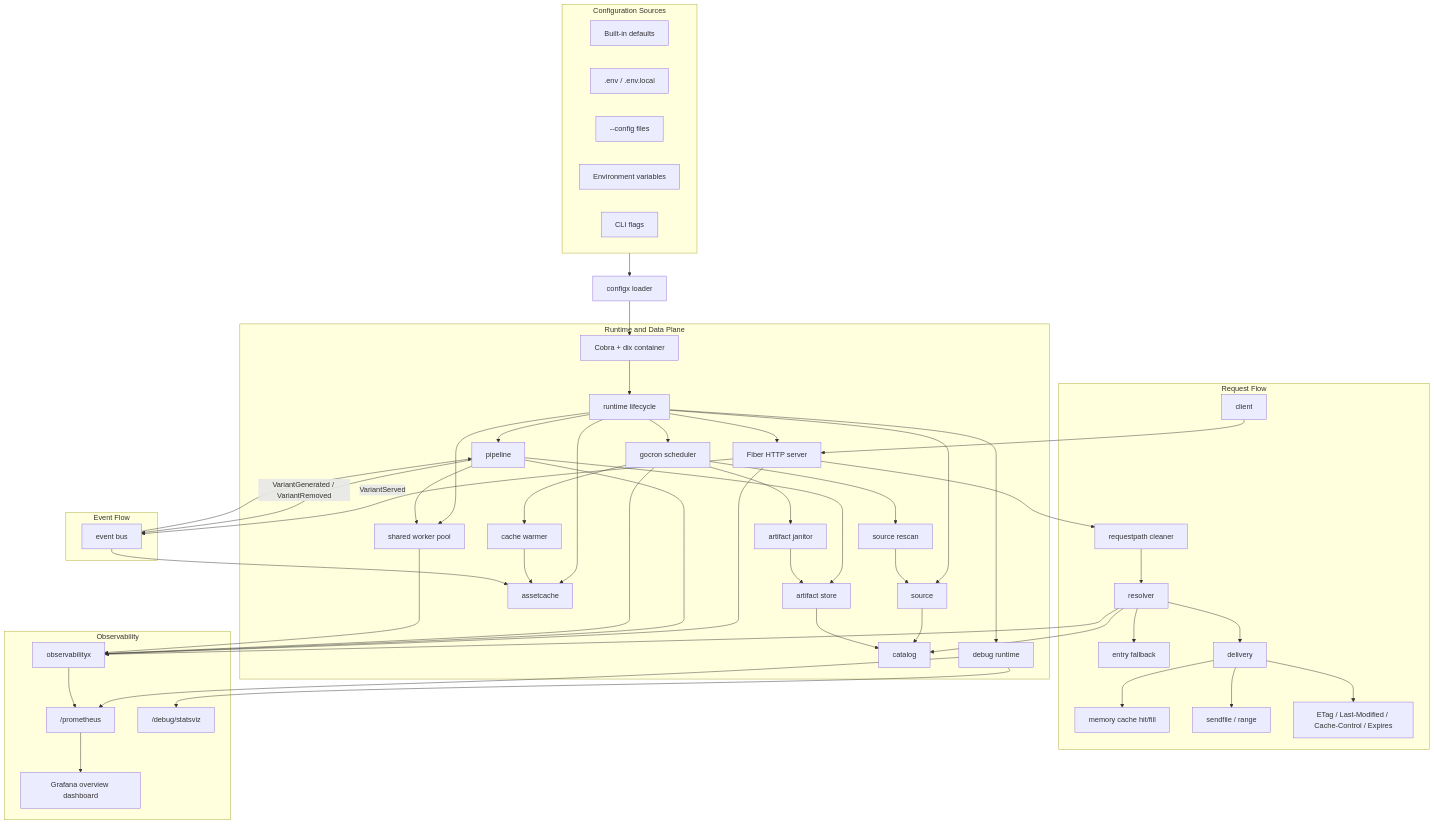
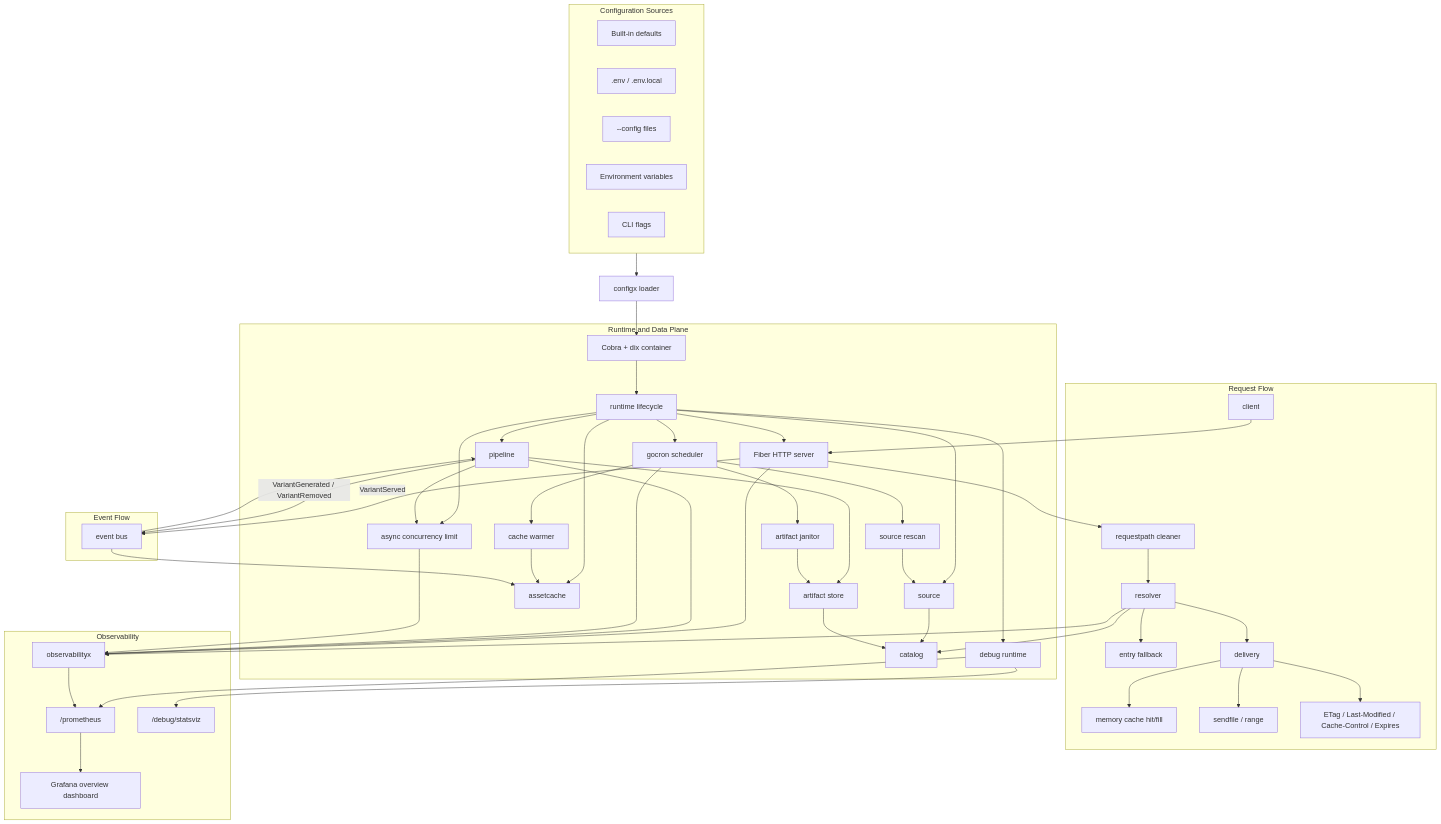
Before and after one commit to DaiYuANg/spack: the diagram in README.md, drawn with Mermaid. The commit also changed other lines of this file and 43 other files, not shown here.

Commit message:
Refactor async concurrency and cache backends

````diff
--- a/README.md
+++ b/README.md
@@ -63,67 +63,67 @@
 ```mermaid
 flowchart TB
     subgraph Config["Configuration Sources"]
         Defaults["Built-in defaults"]
         Dotenv[".env / .env.local"]
         Files["--config files"]
         Env["Environment variables"]
         Flags["CLI flags"]
     end
 
     Config --> Loader["configx loader"]
     Loader --> CLI["Cobra + dix container"]
 
     subgraph Runtime["Runtime and Data Plane"]
         CLI --> Lifecycle["runtime lifecycle"]
         Lifecycle --> Source["source"]
         Source --> Catalog["catalog"]
         Lifecycle --> Pipeline["pipeline"]
-        Lifecycle --> WorkerPool["shared worker pool"]
+        Lifecycle --> AsyncLimit["async concurrency limit"]
         Lifecycle --> AssetCache["assetcache"]
         Lifecycle --> Scheduler["gocron scheduler"]
         Lifecycle --> HTTP["Fiber HTTP server"]
         Lifecycle --> Debug["debug runtime"]
 
-        Pipeline --> WorkerPool
+        Pipeline --> AsyncLimit
         Pipeline --> ArtifactStore["artifact store"]
         ArtifactStore --> Catalog
 
         Scheduler --> SourceRescan["source rescan"]
         Scheduler --> ArtifactJanitor["artifact janitor"]
         Scheduler --> CacheWarmer["cache warmer"]
         SourceRescan --> Source
         ArtifactJanitor --> ArtifactStore
         CacheWarmer --> AssetCache
     end
 
     subgraph RequestFlow["Request Flow"]
         Client["client"] --> HTTP
         HTTP --> PathCleaner["requestpath cleaner"]
         PathCleaner --> Resolver["resolver"]
         Resolver --> Catalog
         Resolver --> Fallback["entry fallback"]
         Resolver --> Delivery["delivery"]
         Delivery --> MemoryCache["memory cache hit/fill"]
         Delivery --> Sendfile["sendfile / range"]
         Delivery --> Headers["ETag / Last-Modified / Cache-Control / Expires"]
     end
 
     subgraph Events["Event Flow"]
         HTTP -->|VariantServed| EventBus["event bus"]
         Pipeline -->|VariantGenerated / VariantRemoved| EventBus
         EventBus --> Pipeline
         EventBus --> AssetCache
     end
 
     subgraph Observability["Observability"]
         HTTP --> Metrics["observabilityx"]
         Resolver --> Metrics
         Pipeline --> Metrics
         Scheduler --> Metrics
-        WorkerPool --> Metrics
+        AsyncLimit --> Metrics
         Debug --> Prometheus["/prometheus"]
         Debug --> Statsviz["/debug/statsviz"]
         Metrics --> Prometheus
         Prometheus --> Dashboard["Grafana overview dashboard"]
     end
 ```
````
